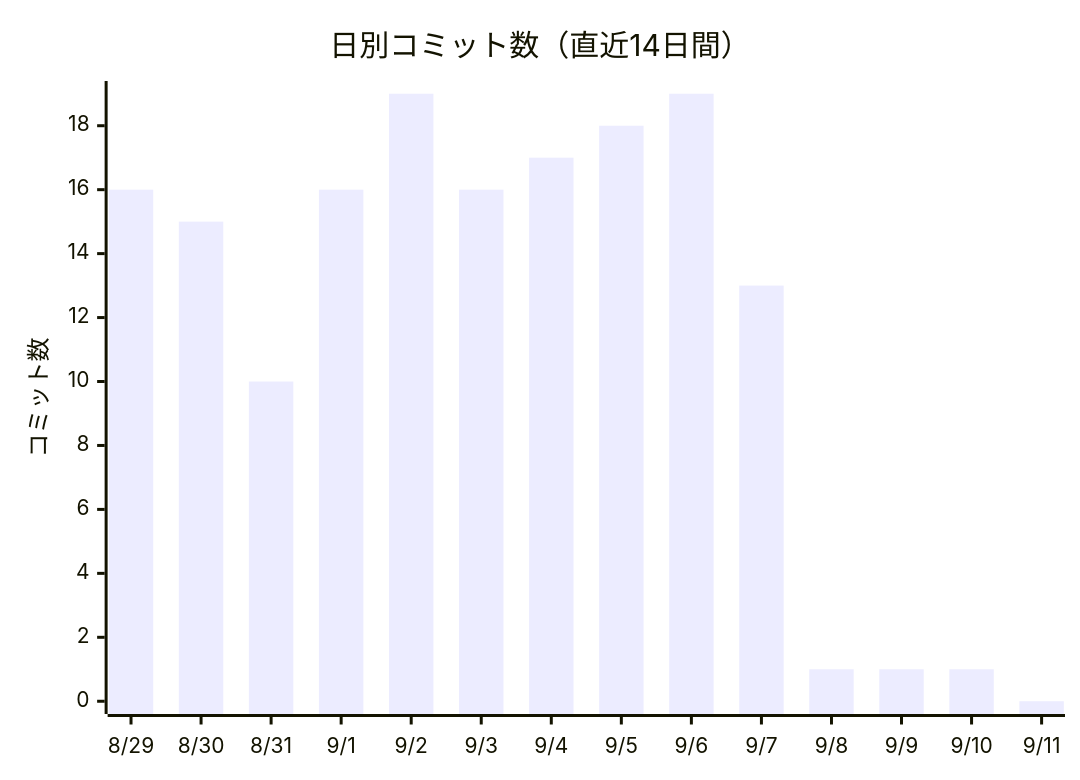
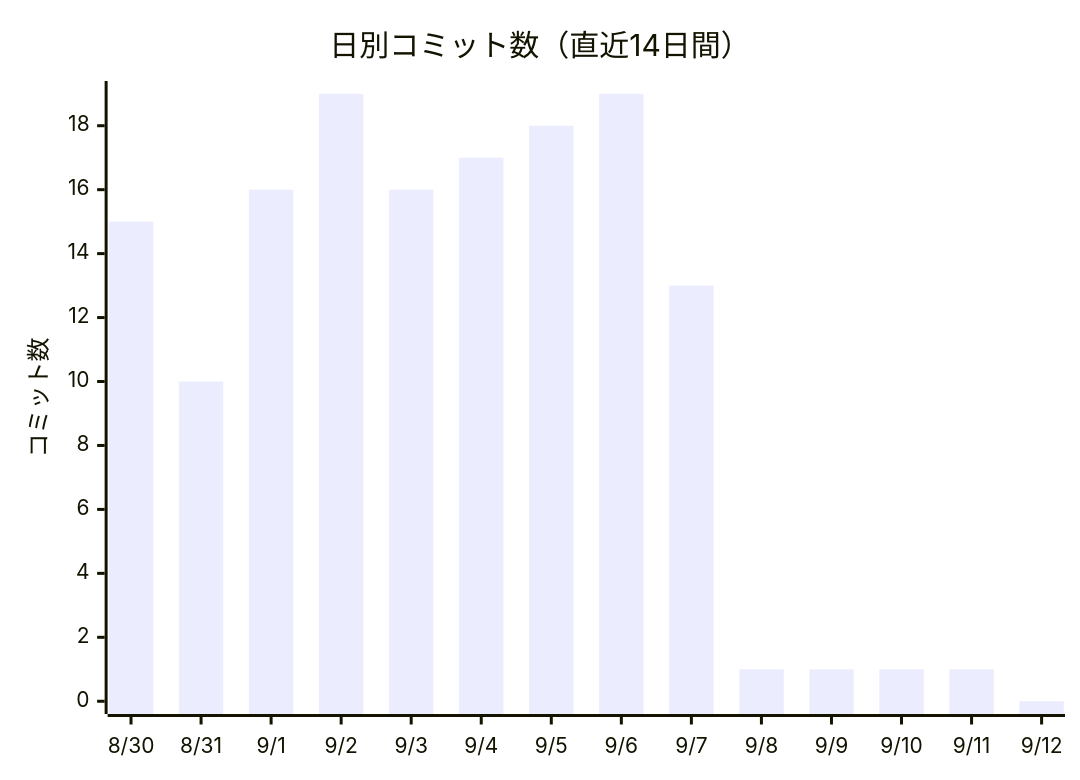
Before and after one commit to non-x2/non-x2: the first of 2 diagrams in docs/進化レポート.md, drawn with Mermaid. The commit also changed other lines of this file and 1 other file, not shown here.

````diff
--- a/docs/進化レポート.md
+++ b/docs/進化レポート.md
@@ -23,7 +23,7 @@
 ```mermaid
 xychart-beta
     title "日別コミット数（直近14日間）"
-    x-axis ["8/29", "8/30", "8/31", "9/1", "9/2", "9/3", "9/4", "9/5", "9/6", "9/7", "9/8", "9/9", "9/10", "9/11"]
+    x-axis ["8/30", "8/31", "9/1", "9/2", "9/3", "9/4", "9/5", "9/6", "9/7", "9/8", "9/9", "9/10", "9/11", "9/12"]
     y-axis "コミット数"
-    bar [16, 15, 10, 16, 19, 16, 17, 18, 19, 13, 1, 1, 1, 0]
+    bar [15, 10, 16, 19, 16, 17, 18, 19, 13, 1, 1, 1, 1, 0]
 ```
````
